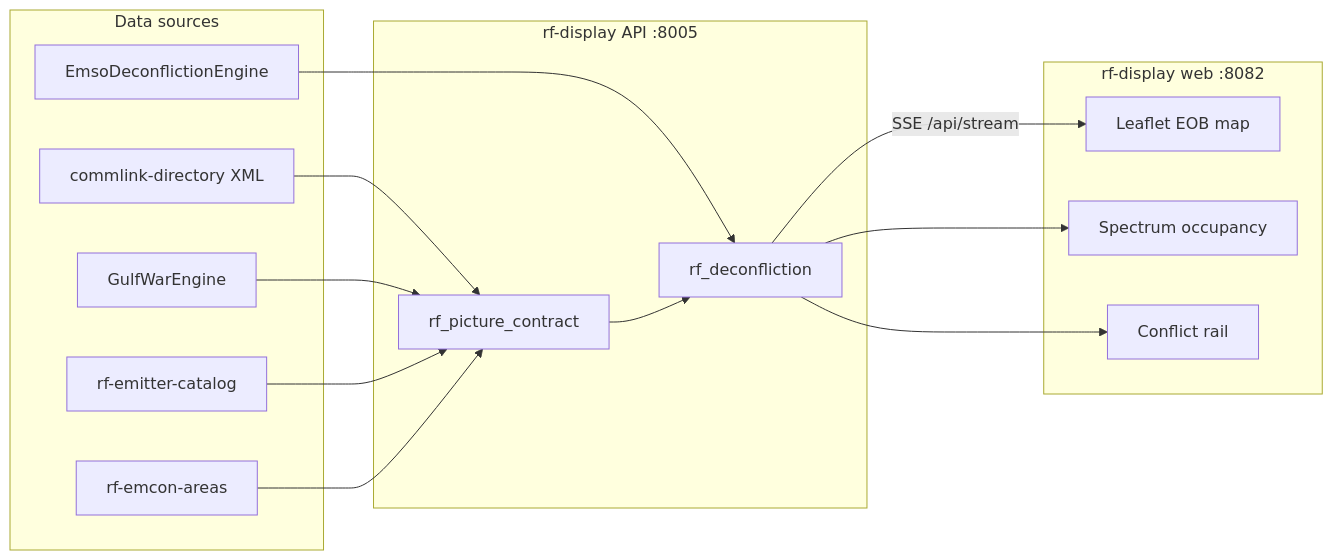
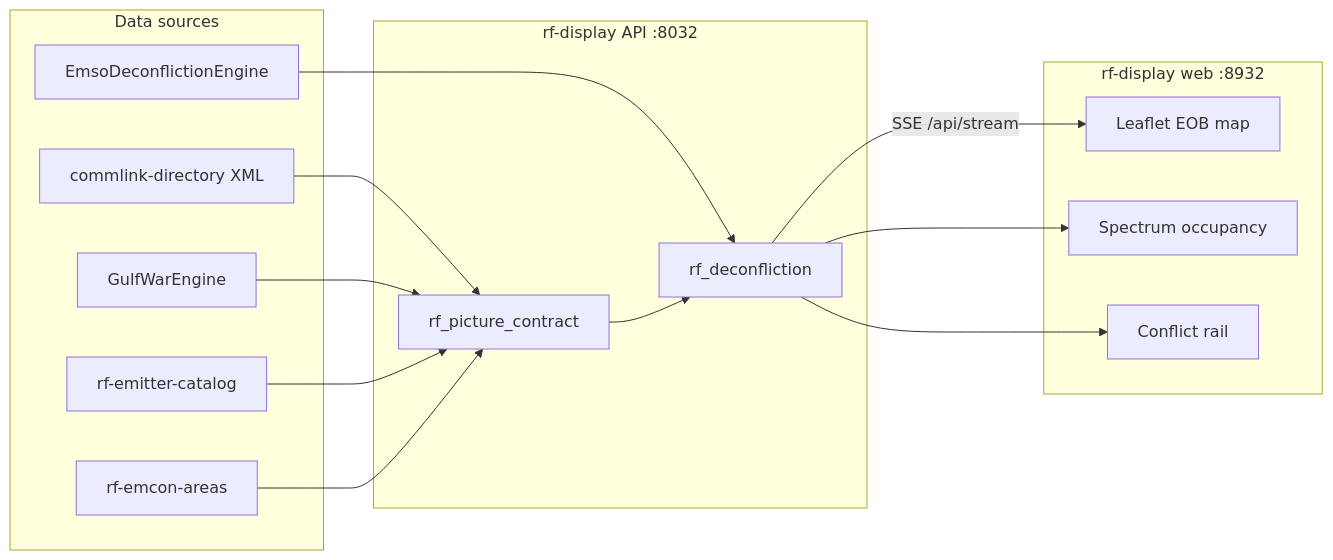
One commit to mowgli42/battlespace-manager changed the diagram in docs/RF-DISPLAY-DESIGN.md. Above: the diagram before and after it, drawn with Mermaid. The commit also changed other lines of this file and 9 other files, not shown here.

First line of the commit message:
Document timeline lanes, F2T2EA kanban, and deconflicted ports

````diff
--- a/docs/RF-DISPLAY-DESIGN.md
+++ b/docs/RF-DISPLAY-DESIGN.md
@@ -97,28 +97,28 @@
 ```mermaid
 flowchart LR
   subgraph sources [Data sources]
     DIR[commlink-directory XML]
     GW[GulfWarEngine]
     CAT[rf-emitter-catalog]
     EMCON[rf-emcon-areas]
     EMSO[EmsoDeconflictionEngine]
   end
-  subgraph api [rf-display API :8005]
+  subgraph api [rf-display API :8032]
     CONTRACT[rf_picture_contract]
     DECON[rf_deconfliction]
   end
-  subgraph ui [rf-display web :8082]
+  subgraph ui [rf-display web :8932]
     MAP[Leaflet EOB map]
     SPEC[Spectrum occupancy]
     RAIL[Conflict rail]
   end
   DIR --> CONTRACT
   GW --> CONTRACT
   CAT --> CONTRACT
   EMCON --> CONTRACT
   EMSO --> DECON
   CONTRACT --> DECON
   DECON -->|SSE /api/stream| MAP
   DECON --> SPEC
   DECON --> RAIL
 ```
````
